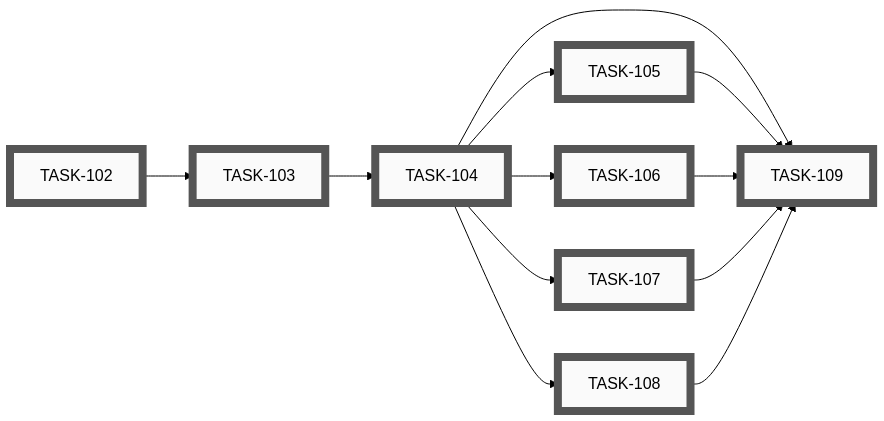
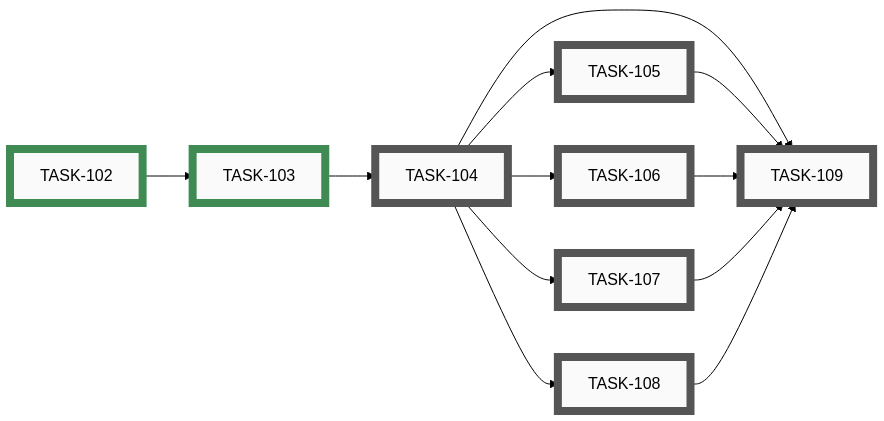
Diagram 13 of 15 in docs/developers/tasks/EPICS.md (tgd1975/CircuitSmith), drawn with Mermaid (forest theme) before and after one commit. The commit also changed other lines of this file and 8 other files, not shown here.

First line of the commit message:
close TASK-102, TASK-103: doc-audit inventory + drift catalogue

````diff
--- a/docs/developers/tasks/EPICS.md
+++ b/docs/developers/tasks/EPICS.md
@@ -787,38 +787,38 @@
 ```mermaid
 graph LR
-    TASK_102["TASK-102"]:::open
-    TASK_103["TASK-103"]:::open
     TASK_104["TASK-104"]:::open
     TASK_105["TASK-105"]:::open
     TASK_106["TASK-106"]:::open
     TASK_107["TASK-107"]:::open
     TASK_108["TASK-108"]:::open
     TASK_109["TASK-109"]:::open
-    TASK_102 --> TASK_103
+    TASK_102["TASK-102"]:::closed
+    TASK_103["TASK-103"]:::closed
     TASK_103 --> TASK_104
     TASK_104 --> TASK_105
     TASK_104 --> TASK_106
     TASK_104 --> TASK_107
     TASK_104 --> TASK_108
     TASK_104 --> TASK_109
     TASK_105 --> TASK_109
     TASK_106 --> TASK_109
     TASK_107 --> TASK_109
     TASK_108 --> TASK_109
-    click TASK_102 "open/task-102-inventory-all-markdown-docs.md"
-    click TASK_103 "open/task-103-drift-sweep-stale-claims.md"
+    TASK_102 --> TASK_103
     click TASK_104 "open/task-104-voice-unification-rewrite.md"
     click TASK_105 "open/task-105-cross-reference-audit.md"
     click TASK_106 "open/task-106-tutorial-alignment-with-epic-012.md"
     click TASK_107 "open/task-107-test-plan-alignment-with-epic-011.md"
     click TASK_108 "open/task-108-annotate-idea-001-dossier.md"
     click TASK_109 "open/task-109-final-pass-readme-and-entry-points.md"
+    click TASK_102 "closed/task-102-inventory-all-markdown-docs.md"
+    click TASK_103 "closed/task-103-drift-sweep-stale-claims.md"
     classDef open    fill:#FAFAFA,stroke:#555,stroke-width:8px,color:#000
     classDef active  fill:#FAFAFA,stroke:#1A6FA8,stroke-width:8px,color:#000
     classDef closed  fill:#FAFAFA,stroke:#3F8B53,stroke-width:8px,color:#000
     classDef paused  fill:#FAFAFA,stroke:#B07810,stroke-width:8px,color:#000
     classDef openExt    fill:#000,stroke:#888,stroke-width:8px,color:#FFF
     classDef activeExt  fill:#000,stroke:#3FA9F5,stroke-width:8px,color:#FFF
     classDef closedExt  fill:#000,stroke:#7CC68A,stroke-width:8px,color:#FFF
     classDef pausedExt  fill:#000,stroke:#F0B030,stroke-width:8px,color:#FFF
 ```
````
